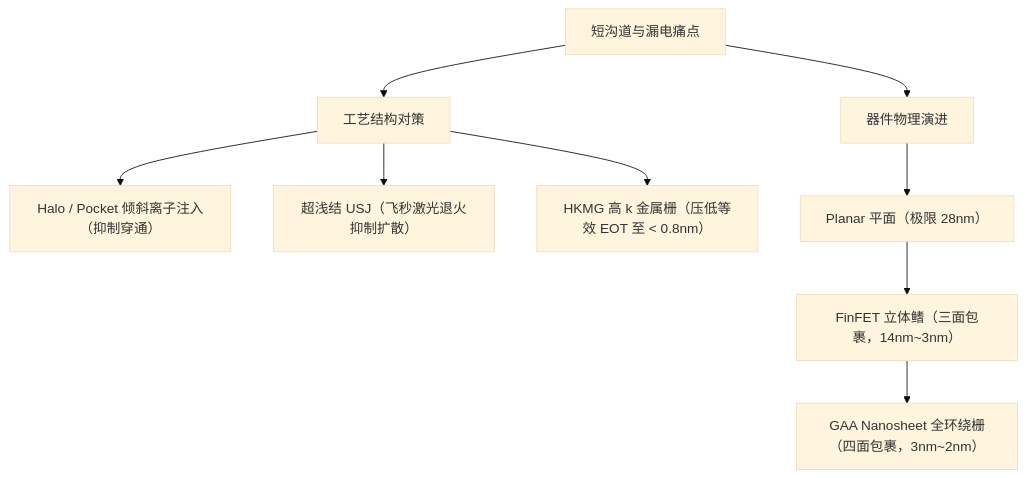
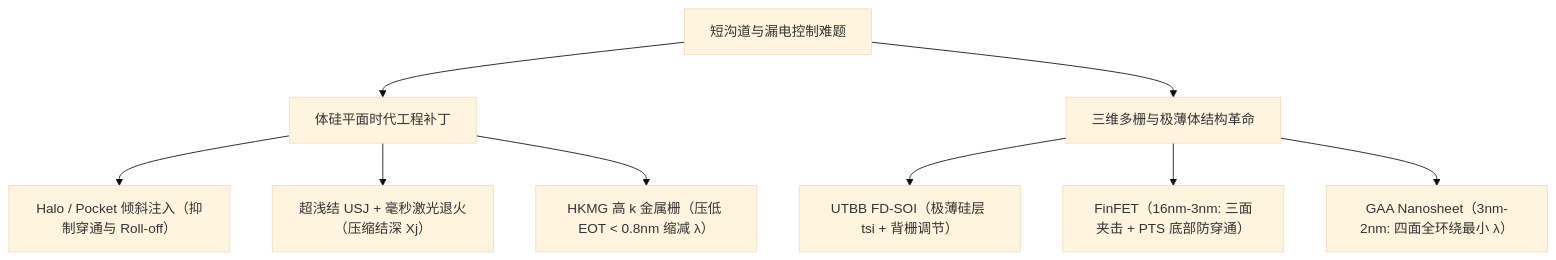
Before and after one commit to xinjing-MD/wafer-fab-handbook: the first of 2 diagrams in 01_器件物理与硅片/02_半导体物理基础/笔记/03_短沟道效应SCE与漏电机制.md, drawn with Mermaid (base theme). The commit also changed other lines of this file and 54 other files, not shown here.

````diff
--- a/01_器件物理与硅片/02_半导体物理基础/笔记/03_短沟道效应SCE与漏电机制.md
+++ b/01_器件物理与硅片/02_半导体物理基础/笔记/03_短沟道效应SCE与漏电机制.md
@@ -46,13 +84,13 @@
 ```mermaid
 flowchart TD
-    A["短沟道与漏电痛点"] --> B["工艺结构对策"]
-    A --> C["器件物理演进"]
+    A["短沟道与漏电控制难题"] --> B["体硅平面时代工程补丁"]
+    A --> C["三维多栅与极薄体结构革命"]
 
-    B --> B1["Halo / Pocket 倾斜离子注入（抑制穿通）"]
-    B --> B2["超浅结 USJ（飞秒激光退火抑制扩散）"]
-    B --> B3["HKMG 高 k 金属栅（压低等效 EOT 至 < 0.8nm）"]
+    B --> B1["Halo / Pocket 倾斜注入（抑制穿通与 Roll-off）"]
+    B --> B2["超浅结 USJ + 毫秒激光退火（压缩结深 Xj）"]
+    B --> B3["HKMG 高 k 金属栅（压低 EOT < 0.8nm 缩减 λ）"]
 
-    C --> C1["Planar 平面（极限 28nm）"]
-    C1 --> C2["FinFET 立体鳍（三面包裹，14nm~3nm）"]
-    C2 --> C3["GAA Nanosheet 全环绕栅（四面包裹，3nm~2nm）"]
+    C --> C1["UTBB FD-SOI（极薄硅层 tsi + 背栅调节）"]
+    C --> C2["FinFET（16nm-3nm: 三面夹击 + PTS 底部防穿通）"]
+    C --> C3["GAA Nanosheet（3nm-2nm: 四面全环绕最小 λ）"]
 ```
````
